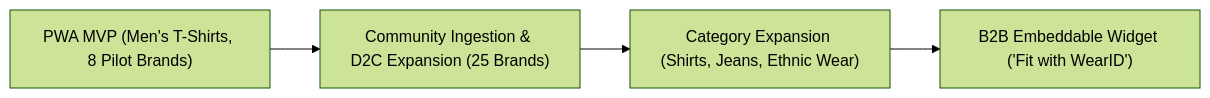
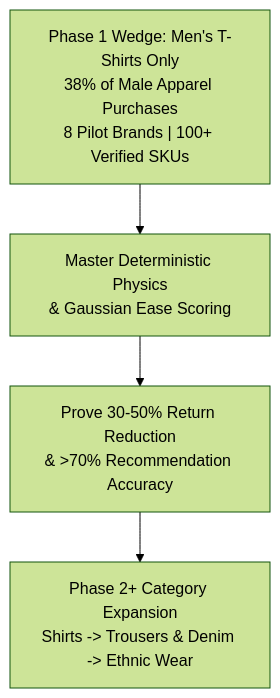
Before and after one commit to Aarush1137/WearID: the first of 3 diagrams in docs/product-opportunities.md, drawn with Mermaid (forest theme). The commit also changed other lines of this file and 89 other files, not shown here.

Commit message:
feat(pwa): complete Phase 1 deterministic sizing engine, 3-path onboarding, and editorial passport UI

````diff
--- a/docs/product-opportunities.md
+++ b/docs/product-opportunities.md
@@ -66,6 +54,8 @@
 ```mermaid
-flowchart LR
-    M1["PWA MVP (Men's T-Shirts, 8 Pilot Brands)"] --> M2["Community Ingestion & D2C Expansion (25 Brands)"]
-    M2 --> M3["Category Expansion (Shirts, Jeans, Ethnic Wear)"]
-    M3 --> M4["B2B Embeddable Widget ('Fit with WearID')"]
+flowchart TD
+    Wedge["Phase 1 Wedge: Men's T-Shirts Only<br/>38% of Male Apparel Purchases<br/>8 Pilot Brands | 100+ Verified SKUs"]
+    
+    Wedge --> Step1["Master Deterministic Physics<br/>& Gaussian Ease Scoring"]
+    Step1 --> Step2["Prove 30-50% Return Reduction<br/>& >70% Recommendation Accuracy"]
+    Step2 --> Expansion["Phase 2+ Category Expansion<br/>Shirts -> Trousers & Denim -> Ethnic Wear"]
 ```
````
